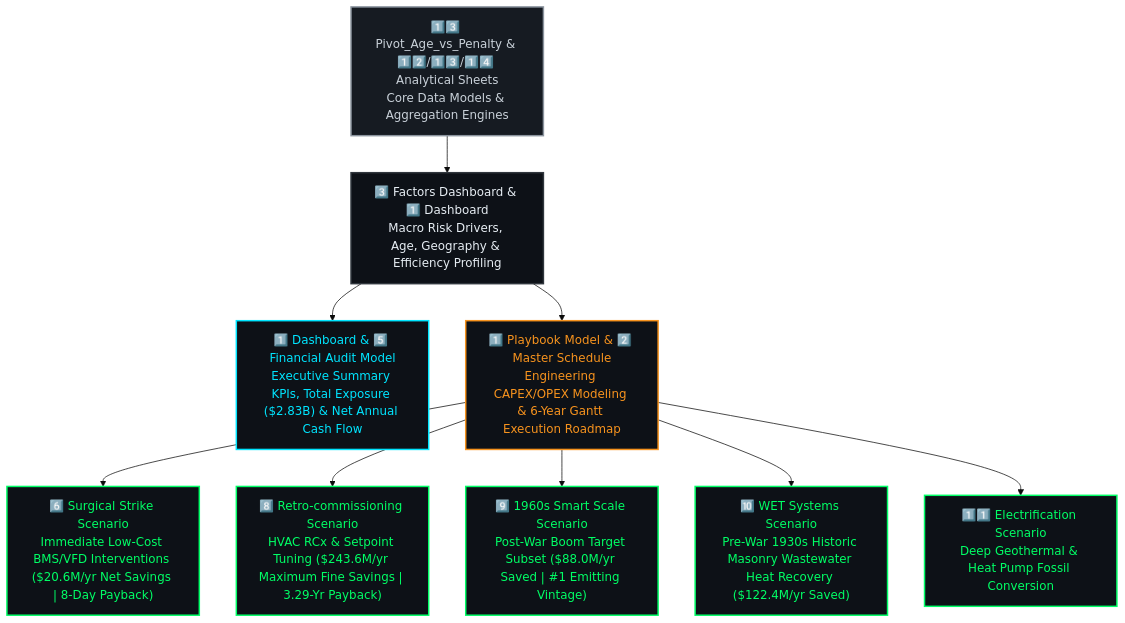
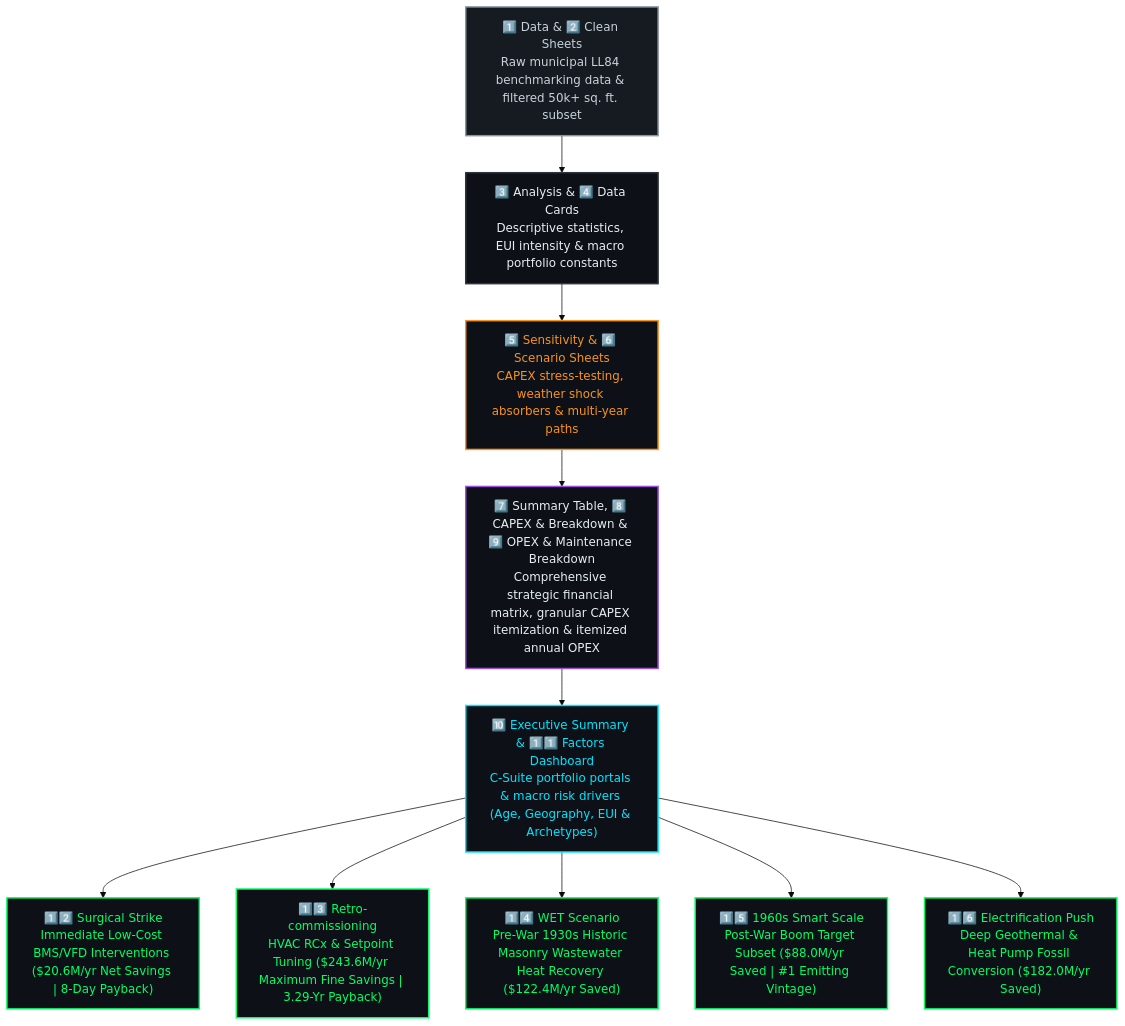
One commit to Huda-Amr/carbon-heist-mitigation changed the diagram in Excel Project/README.md. Above: the diagram before and after it, drawn with Mermaid (base theme). The commit also changed other lines of this file, not shown here.

Commit message:
Correct Excel Project README to document exact 16-sheet architecture including CAPEX & OPEX Breakdowns, Summary Table, and Executive Summary

````diff
--- a/Excel Project/README.md
+++ b/Excel Project/README.md
@@ -17,17 +17,19 @@
 ```mermaid
 flowchart TD
-    RAW["1️⃣3️⃣ Pivot_Age_vs_Penalty & 1️⃣2️⃣/1️⃣3️⃣/1️⃣4️⃣ Analytical Sheets\nCore Data Models & Aggregation Engines"]:::raw --> AN["3️⃣ Factors Dashboard & 1️⃣ Dashboard\nMacro Risk Drivers, Age, Geography & Efficiency Profiling"]:::an
-    AN --> CARDS["1️⃣ Dashboard & 5️⃣ Financial Audit Model\nExecutive Summary KPIs, Total Exposure ($2.83B) & Net Annual Cash Flow"]:::cards
-    AN --> SENS["1️⃣ Playbook Model & 2️⃣ Master Schedule\nEngineering CAPEX/OPEX Modeling & 6-Year Gantt Execution Roadmap"]:::sens
-    SENS --> PB1["6️⃣ Surgical Strike Scenario\nImmediate Low-Cost BMS/VFD Interventions ($20.6M/yr Net Savings | 8-Day Payback)"]:::pb
-    SENS --> PB2["8️⃣ Retro-commissioning Scenario\nHVAC RCx & Setpoint Tuning ($243.6M/yr Maximum Fine Savings | 3.29-Yr Payback)"]:::pb
-    SENS --> PB3["9️⃣ 1960s Smart Scale Scenario\nPost-War Boom Target Subset ($88.0M/yr Saved | #1 Emitting Vintage)"]:::pb
-    SENS --> PB4["🔟 WET Systems Scenario\nPre-War 1930s Historic Masonry Wastewater Heat Recovery ($122.4M/yr Saved)"]:::pb
-    SENS --> PB5["1️⃣1️⃣ Electrification Scenario\nDeep Geothermal & Heat Pump Fossil Conversion"]:::pb
+    RAW["1️⃣ Data & 2️⃣ Clean Sheets\nRaw municipal LL84 benchmarking data & filtered 50k+ sq. ft. subset"]:::raw --> AN["3️⃣ Analysis & 4️⃣ Data Cards\nDescriptive statistics, EUI intensity & macro portfolio constants"]:::an
+    AN --> SENS["5️⃣ Sensitivity & 6️⃣ Scenario Sheets\nCAPEX stress-testing, weather shock absorbers & multi-year paths"]:::sens
+    SENS --> FIN["7️⃣ Summary Table, 8️⃣ CAPEX & Breakdown & 9️⃣ OPEX & Maintenance Breakdown\nComprehensive strategic financial matrix, granular CAPEX itemization & itemized annual OPEX"]:::fin
+    FIN --> EXEC["🔟 Executive Summary & 1️⃣1️⃣ Factors Dashboard\nC-Suite portfolio portals & macro risk drivers (Age, Geography, EUI & Archetypes)"]:::cards
+    EXEC --> PB1["1️⃣2️⃣ Surgical Strike\nImmediate Low-Cost BMS/VFD Interventions ($20.6M/yr Net Savings | 8-Day Payback)"]:::pb
+    EXEC --> PB2["1️⃣3️⃣ Retro-commissioning\nHVAC RCx & Setpoint Tuning ($243.6M/yr Maximum Fine Savings | 3.29-Yr Payback)"]:::pb
+    EXEC --> PB3["1️⃣4️⃣ WET Scenario\nPre-War 1930s Historic Masonry Wastewater Heat Recovery ($122.4M/yr Saved)"]:::pb
+    EXEC --> PB4["1️⃣5️⃣ 1960s Smart Scale\nPost-War Boom Target Subset ($88.0M/yr Saved | #1 Emitting Vintage)"]:::pb
+    EXEC --> PB5["1️⃣6️⃣ Electrification Push\nDeep Geothermal & Heat Pump Fossil Conversion ($182.0M/yr Saved)"]:::pb
 
     classDef raw fill:#161B22,stroke:#8B949E,stroke-width:2px,color:#C9D1D9
     classDef an fill:#0D1117,stroke:#30363D,stroke-width:2px,color:#E6EDF3
+    classDef sens fill:#0D1117,stroke:#F7931E,stroke-width:2px,color:#F7931E
+    classDef fin fill:#0D1117,stroke:#9B51E0,stroke-width:2px,color:#E6EDF3
     classDef cards fill:#0D1117,stroke:#00E5FF,stroke-width:2px,color:#00E5FF
-    classDef sens fill:#0D1117,stroke:#F7931E,stroke-width:2px,color:#F7931E
     classDef pb fill:#0D1117,stroke:#00FF66,stroke-width:2px,color:#00FF66
 ```
````
